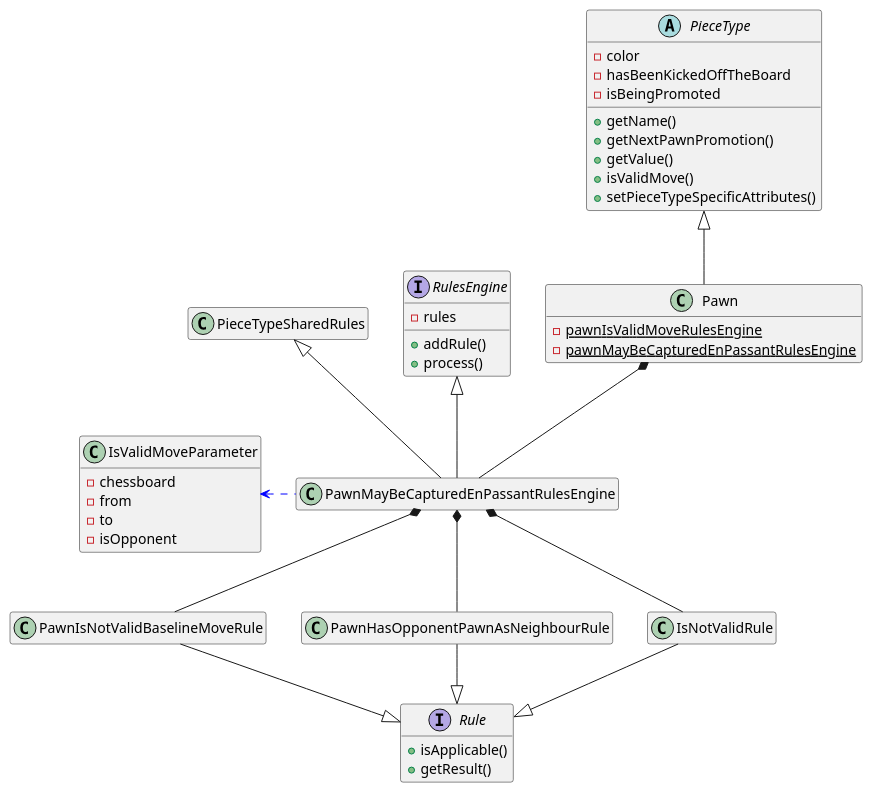
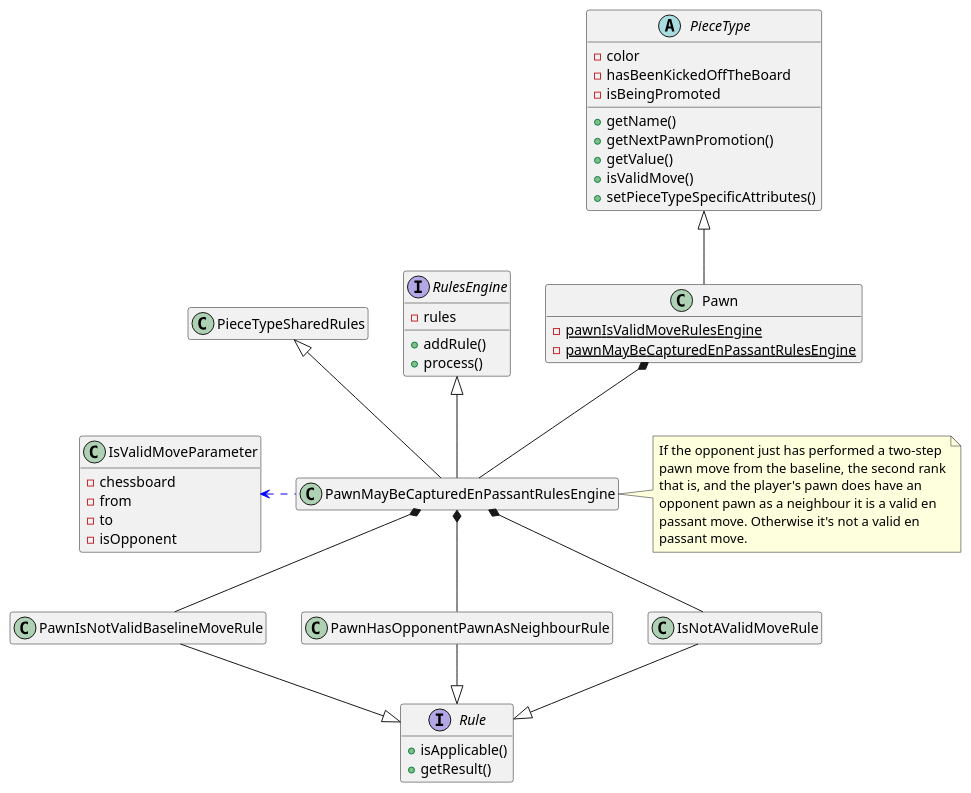
One commit to tiktaalick/chess-with-database changed the diagram in game/src/main/resources/uml/pawnMayBeCapturedEnPassant.puml. Above: the diagram before and after it, drawn with PlantUML. The commit also changed 22 other files, not shown here.

Commit message:
* Added notes to the class diagrams.

```diff
--- a/game/src/main/resources/uml/pawnMayBeCapturedEnPassant.puml
+++ b/game/src/main/resources/uml/pawnMayBeCapturedEnPassant.puml
@@ -1,63 +1,75 @@
 @startuml
 
 '--------------'
 'Hidden members'
 '--------------'
 hide empty members
 
 '----'
 'Move'
 '----'
 abstract class PieceType {
     - color
     - hasBeenKickedOffTheBoard
     - isBeingPromoted
     + getName()
     + getNextPawnPromotion()
     + getValue()
     + isValidMove()
     + setPieceTypeSpecificAttributes()
 }
 
 class Pawn {
     - {static} pawnIsValidMoveRulesEngine
     - {static} pawnMayBeCapturedEnPassantRulesEngine
 }
 
 class IsValidMoveParameter {
     - chessboard
     - from
     - to
     - isOpponent
 }
 
 interface RulesEngine {
     - rules
     + addRule()
     + process()
 }
 
 interface Rule {
     + isApplicable()
     + getResult()
 }
 
 '---------'
 'Relations'
 '---------'
 PieceType <|-down- Pawn
 
 Pawn *-down- PawnMayBeCapturedEnPassantRulesEngine
 PawnMayBeCapturedEnPassantRulesEngine -up-|> RulesEngine
 PawnMayBeCapturedEnPassantRulesEngine -up-|> PieceTypeSharedRules
 PawnMayBeCapturedEnPassantRulesEngine .left[#blue].> IsValidMoveParameter
 
 PawnIsNotValidBaselineMoveRule -up-* PawnMayBeCapturedEnPassantRulesEngine
 PawnHasOpponentPawnAsNeighbourRule -up-* PawnMayBeCapturedEnPassantRulesEngine
-IsNotValidRule -up-* PawnMayBeCapturedEnPassantRulesEngine
+IsNotAValidMoveRule -up-* PawnMayBeCapturedEnPassantRulesEngine
 
 PawnIsNotValidBaselineMoveRule -down-|> Rule
 PawnHasOpponentPawnAsNeighbourRule -down-|> Rule
-IsNotValidRule -down-|> Rule
+IsNotAValidMoveRule -down-|> Rule
+
+'-----'
+'Notes'
+'-----'
+note right of PawnMayBeCapturedEnPassantRulesEngine {
+    If the opponent just has performed a two-step
+    pawn move from the baseline, the second rank
+    that is, and the player's pawn does have an
+    opponent pawn as a neighbour it is a valid en
+    passant move. Otherwise it's not a valid en
+    passant move.
+}
 
 @enduml
```
